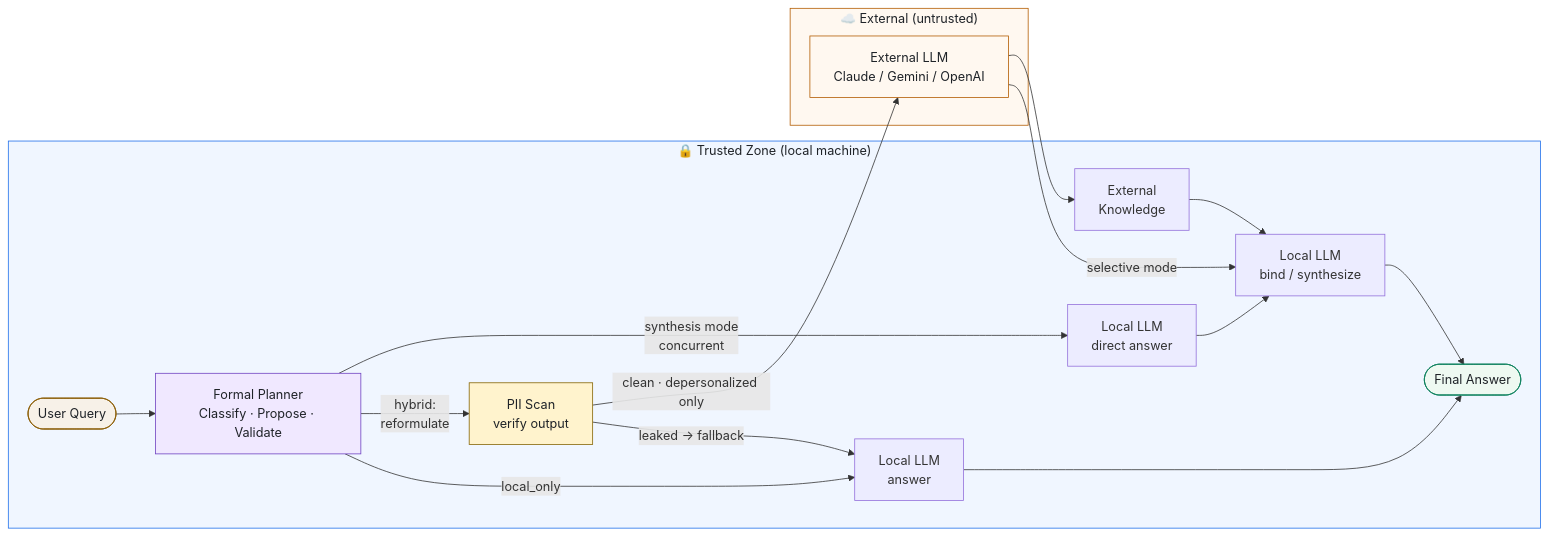
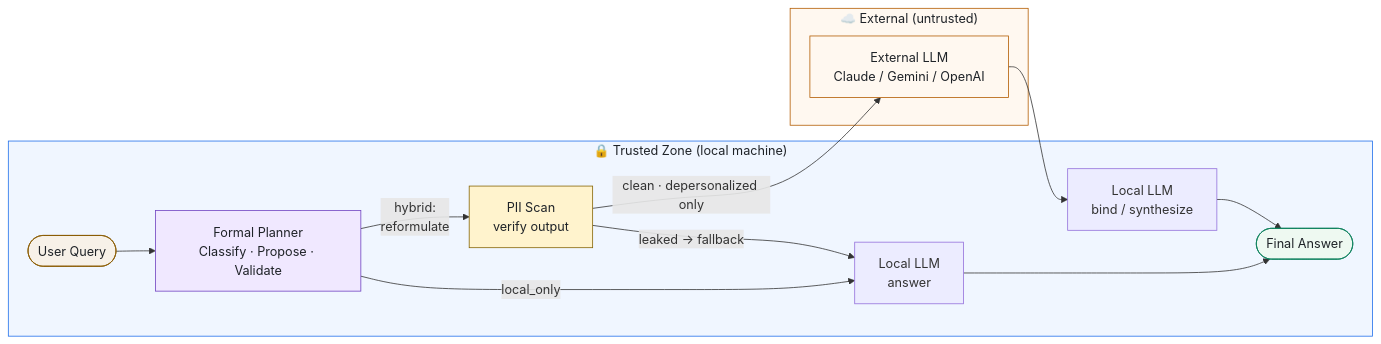
The diagram in README.md (sulgik/zipsa), drawn with Mermaid before and after one commit. The commit also changed other lines of this file and 1 other file, not shown here.

First line of the commit message:
refactor: remove concurrent local call from synthesis mode

````diff
--- a/README.md
+++ b/README.md
@@ -38,30 +38,27 @@
 ```mermaid
 graph LR
     subgraph TZ["🔒 Trusted Zone  (local machine)"]
         U([User Query]) --> FP[Formal Planner<br/>Classify · Propose · Validate]
         FP -->|local_only| L1[Local LLM<br/>answer]
         FP -->|"hybrid:<br/>reformulate"| PV[PII Scan<br/>verify output]
         PV -->|"leaked → fallback"| L1
-        FP -->|"synthesis mode<br/>concurrent"| L2[Local LLM<br/>direct answer]
-        L2 --> Synth[Local LLM<br/>bind / synthesize]
-        EK[External<br/>Knowledge] --> Synth
+        Synth[Local LLM<br/>bind / synthesize]
         Synth --> FA([Final Answer])
         L1 --> FA
     end
 
     subgraph Cloud["☁️ External  (untrusted)"]
         EXT[External LLM<br/>Claude / Gemini / OpenAI]
     end
 
     PV -->|"clean · depersonalized only"| EXT
-    EXT -->|"selective mode"| Synth
-    EXT --> EK
+    EXT --> Synth
 
     style TZ fill:#f0f6ff,stroke:#1f6feb,color:#1f2328
     style Cloud fill:#fff8f0,stroke:#b35c00,color:#1f2328
     style U fill:#f7f1e8,stroke:#8a5a00,color:#1f2328
     style FA fill:#eef9f1,stroke:#0a7f5a,color:#1f2328
     style FP fill:#f0e8ff,stroke:#6f42c1,color:#1f2328
     style PV fill:#fff3cd,stroke:#856404,color:#1f2328
     style EXT fill:#fff8f0,stroke:#b35c00,color:#1f2328
 ```
````
